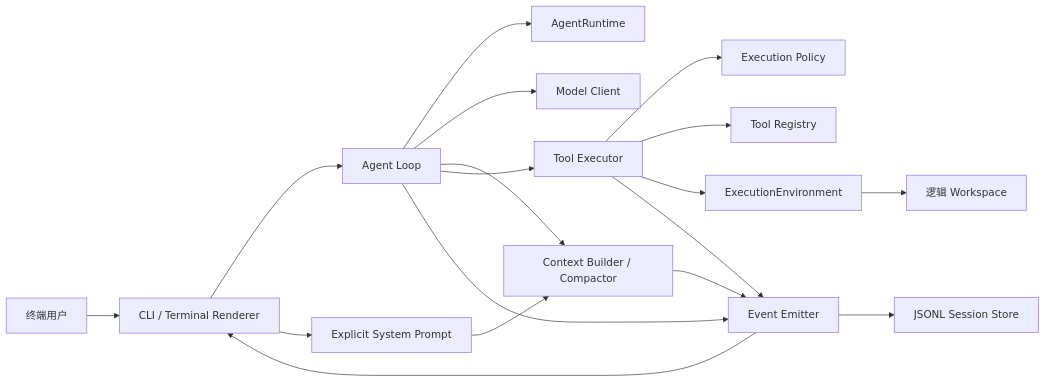
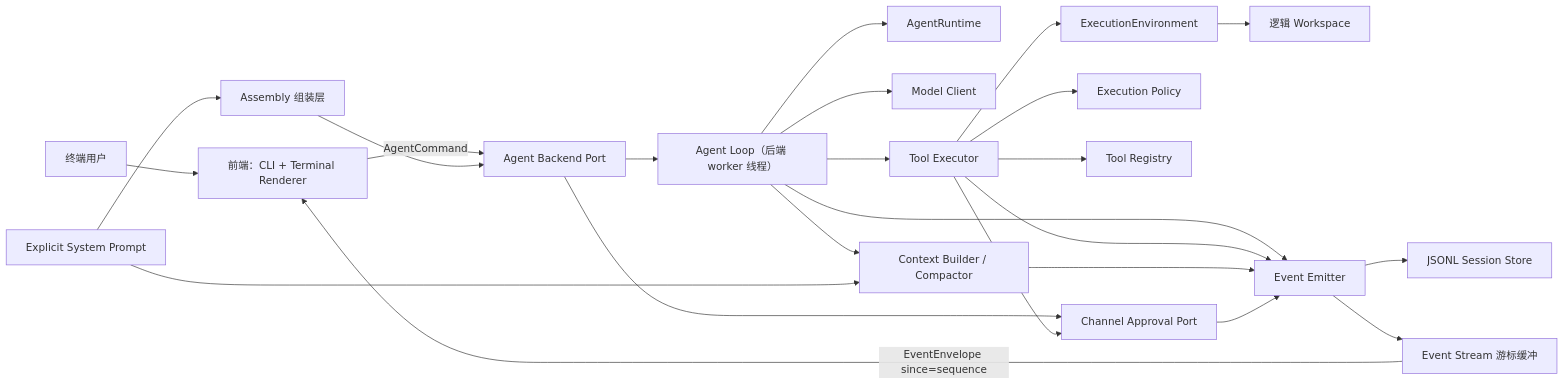
Before and after one commit to JAY201368/CodingAgentNeo: the diagram in docs/baseline/ARCHITECTURE.md, drawn with Mermaid. The commit also changed other lines of this file and 3 other files, not shown here.

````diff
--- a/docs/baseline/ARCHITECTURE.md
+++ b/docs/baseline/ARCHITECTURE.md
@@ -56,20 +58,26 @@
 ```mermaid
 flowchart LR
-    User["终端用户"] --> CLI["CLI / Terminal Renderer"]
-    CLI --> Loop["Agent Loop"]
-    CLI --> Prompt["Explicit System Prompt"]
+    User["终端用户"] --> Frontend["前端：CLI + Terminal Renderer"]
+    Frontend -- "AgentCommand" --> Backend["Agent Backend Port"]
+    Stream["Event Stream 游标缓冲"] -- "EventEnvelope since=sequence" --> Frontend
+    Assembly["Assembly 组装层"] --> Backend
+    Prompt["Explicit System Prompt"] --> Assembly
+    Backend --> Loop["Agent Loop（后端 worker 线程）"]
+    Backend --> Approval["Channel Approval Port"]
     Loop --> Runtime["AgentRuntime"]
     Loop --> Model["Model Client"]
     Loop --> Context["Context Builder / Compactor"]
     Prompt --> Context
     Loop --> Executor["Tool Executor"]
     Executor --> Policy["Execution Policy"]
+    Executor --> Approval
     Executor --> Registry["Tool Registry"]
     Executor --> Env["ExecutionEnvironment"]
     Env --> Workspace["逻辑 Workspace"]
     Loop --> Events["Event Emitter"]
     Executor --> Events
     Context --> Events
+    Approval --> Events
     Events --> Store["JSONL Session Store"]
-    Events --> CLI
+    Events --> Stream
 ```
````
